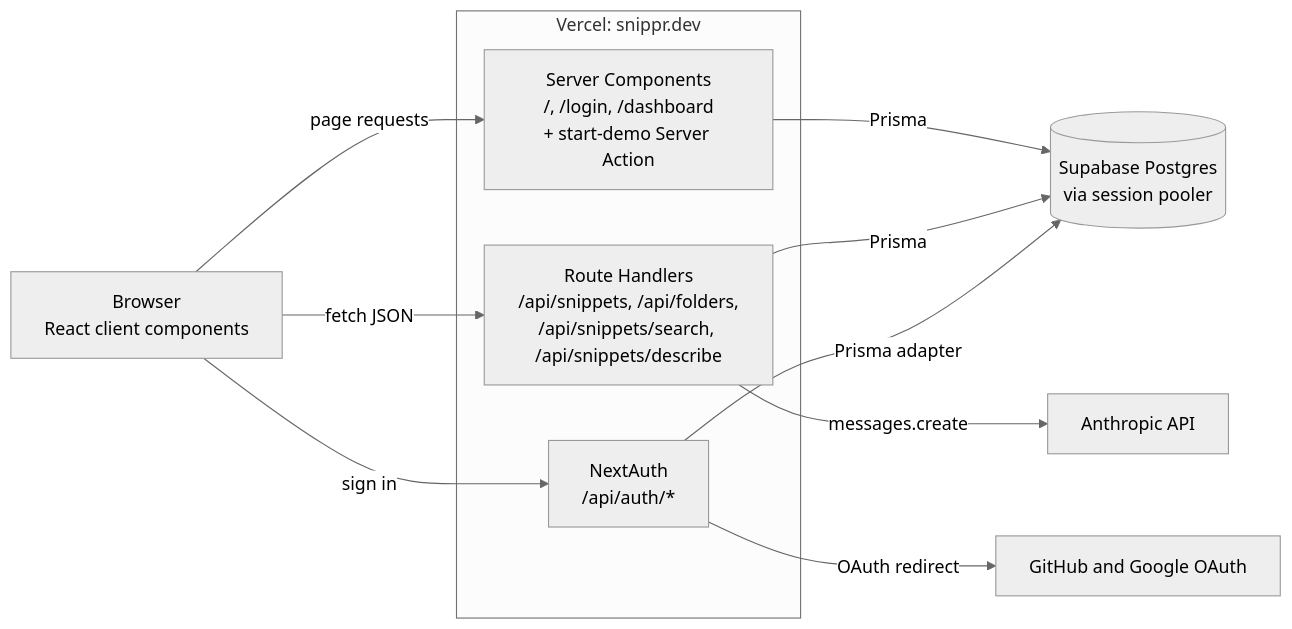
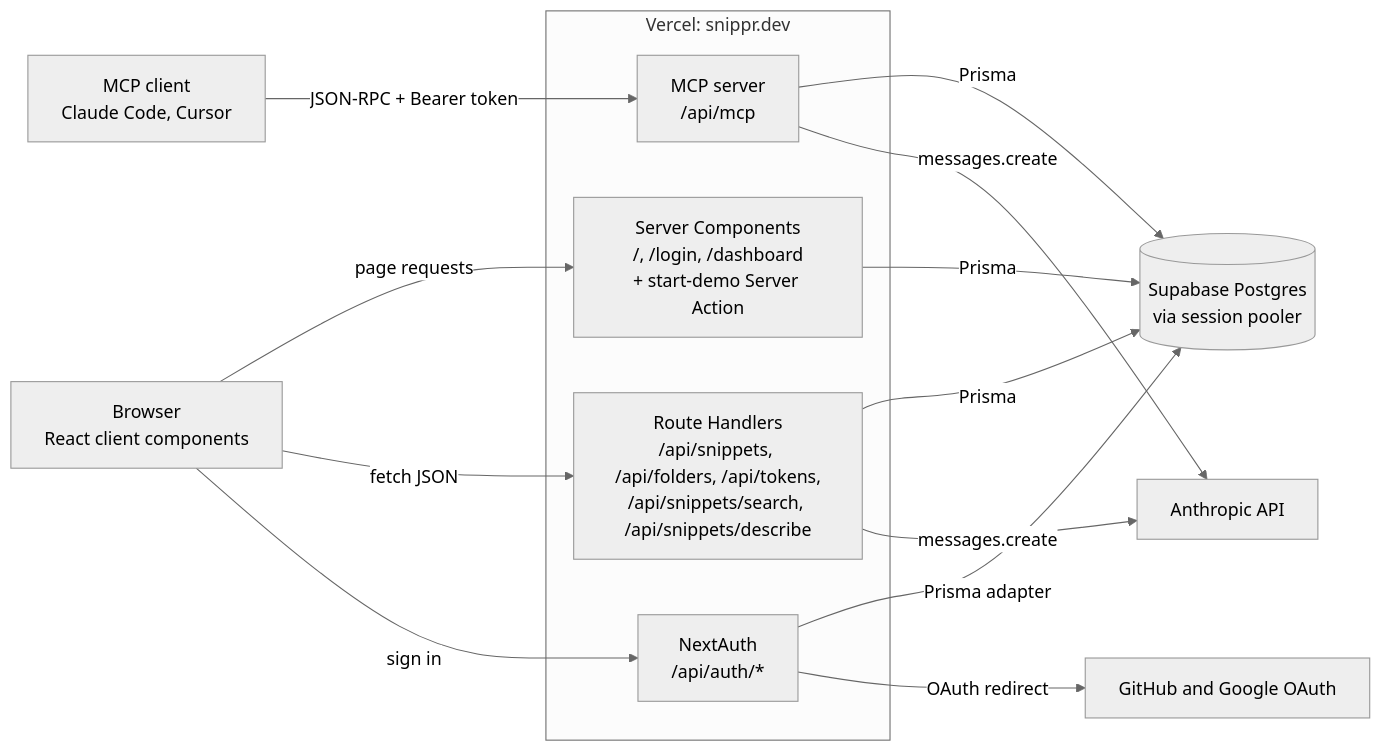
The first of 4 diagrams in docs/ARCHITECTURE.md (RyanDanielWalker/snippr), drawn with Mermaid (neutral theme) before and after one commit. The commit also changed other lines of this file and 3 other files, not shown here.

First line of the commit message:
docs: describe the MCP server and tick off the roadmap item

````diff
--- a/docs/ARCHITECTURE.md
+++ b/docs/ARCHITECTURE.md
@@ -13,23 +13,28 @@
 ```mermaid
 flowchart LR
     Browser["Browser<br/>React client components"]
+    MCPClient["MCP client<br/>Claude Code, Cursor"]
 
     subgraph Vercel["Vercel: snippr.dev"]
         Pages["Server Components<br/>/, /login, /dashboard<br/>+ start-demo Server Action"]
-        API["Route Handlers<br/>/api/snippets, /api/folders,<br/>/api/snippets/search, /api/snippets/describe"]
+        API["Route Handlers<br/>/api/snippets, /api/folders, /api/tokens,<br/>/api/snippets/search, /api/snippets/describe"]
+        MCP["MCP server<br/>/api/mcp"]
         Auth["NextAuth<br/>/api/auth/*"]
     end
 
     DB[("Supabase Postgres<br/>via session pooler")]
     Claude["Anthropic API"]
     OAuth["GitHub and Google OAuth"]
 
     Browser -- "page requests" --> Pages
     Browser -- "fetch JSON" --> API
     Browser -- "sign in" --> Auth
+    MCPClient -- "JSON-RPC + Bearer token" --> MCP
+    MCP -- "Prisma" --> DB
+    MCP -- "messages.create" --> Claude
     Pages -- "Prisma" --> DB
     API -- "Prisma" --> DB
     API -- "messages.create" --> Claude
     Auth -- "Prisma adapter" --> DB
     Auth -- "OAuth redirect" --> OAuth
 ```
````
